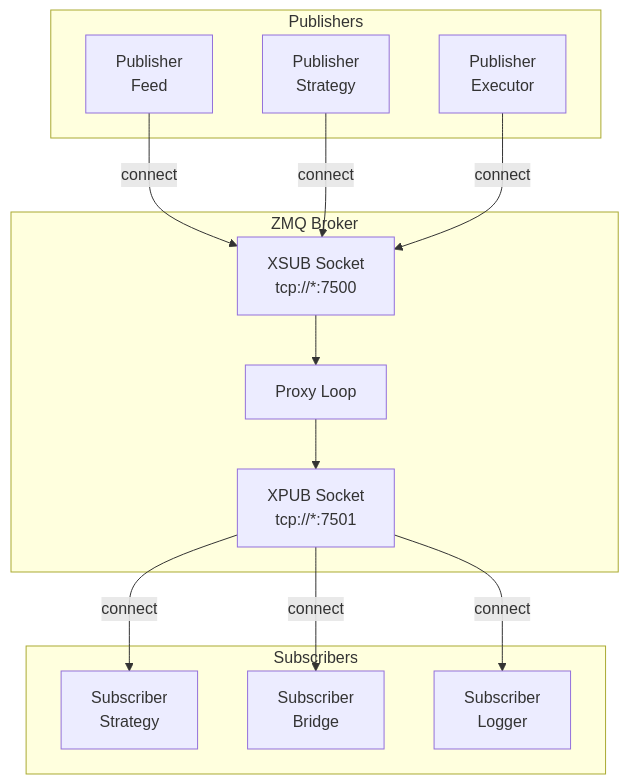
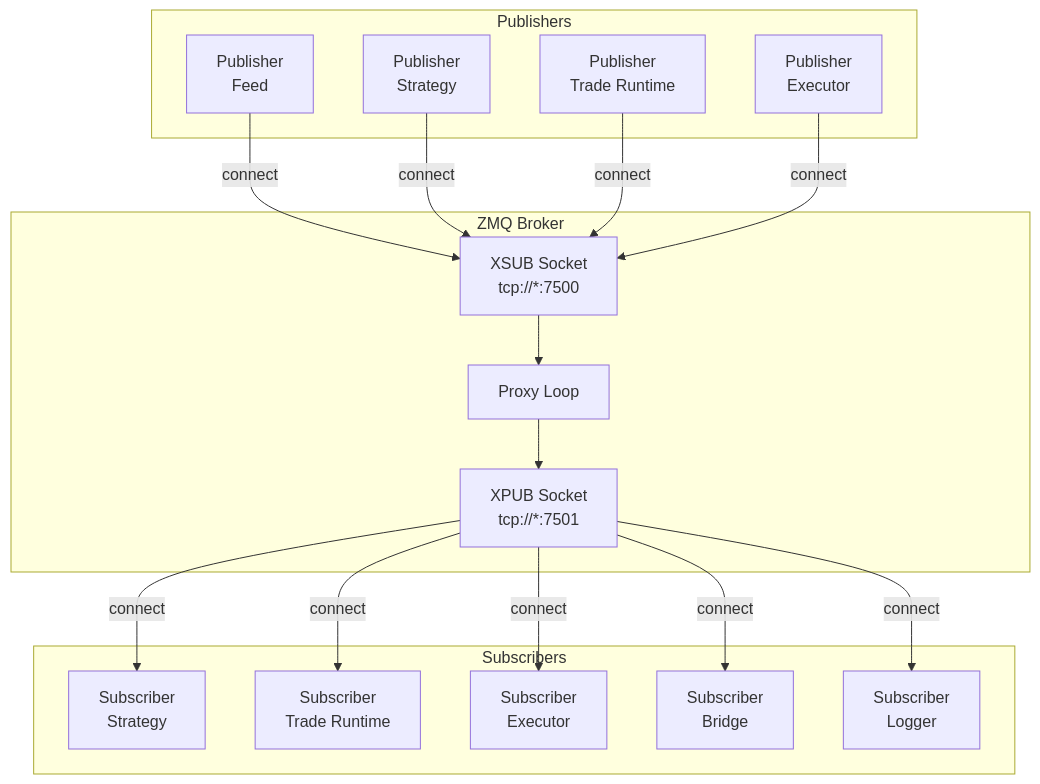
The first of 2 diagrams in docs/messaging.md (mateusz-klatt/snapper), drawn with Mermaid before and after one commit. The commit also changed other lines of this file and 43 other files, not shown here.

First line of the commit message:
feat(trade-runtime): facts-canonical architecture with durable state

````diff
--- a/docs/messaging.md
+++ b/docs/messaging.md
@@ -8,28 +8,34 @@
 ```mermaid
 flowchart TB
     subgraph Publishers
         P1["Publisher<br/>Feed"]
         P2["Publisher<br/>Strategy"]
-        P3["Publisher<br/>Executor"]
+        P3["Publisher<br/>Trade Runtime"]
+        P4["Publisher<br/>Executor"]
     end
 
     subgraph Broker["ZMQ Broker"]
         XSUB["XSUB Socket<br/>tcp://*:7500"]
         Proxy["Proxy Loop"]
         XPUB["XPUB Socket<br/>tcp://*:7501"]
         XSUB --> Proxy --> XPUB
     end
 
     subgraph Subscribers
         S1["Subscriber<br/>Strategy"]
-        S2["Subscriber<br/>Bridge"]
-        S3["Subscriber<br/>Logger"]
+        S2["Subscriber<br/>Trade Runtime"]
+        S3["Subscriber<br/>Executor"]
+        S4["Subscriber<br/>Bridge"]
+        S5["Subscriber<br/>Logger"]
     end
 
     P1 -->|connect| XSUB
     P2 -->|connect| XSUB
     P3 -->|connect| XSUB
+    P4 -->|connect| XSUB
     XPUB -->|connect| S1
     XPUB -->|connect| S2
     XPUB -->|connect| S3
+    XPUB -->|connect| S4
+    XPUB -->|connect| S5
 ```
````
